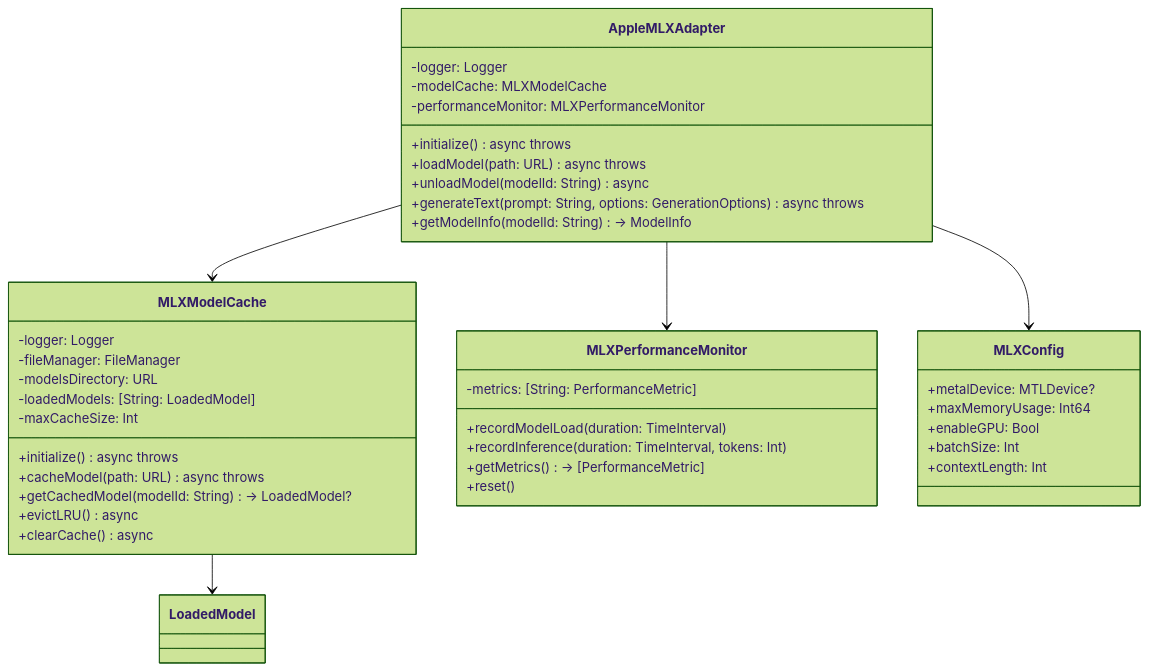
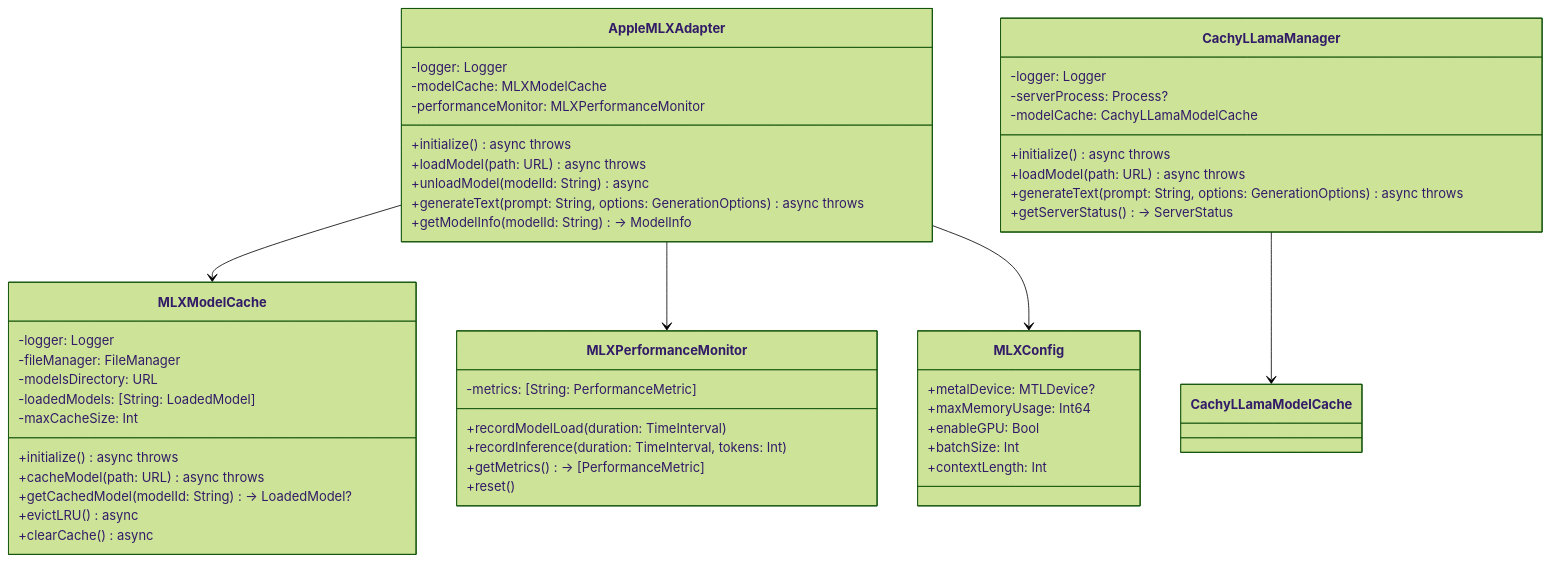
One commit to SyntheticAutonomicMind/SAM changed the first of 4 diagrams in project-docs/MLX_INTEGRATION.md. Above: the diagram before and after it, drawn with Mermaid (forest theme). The commit also changed other lines of this file and 6 other files, not shown here.

````diff
--- a/project-docs/MLX_INTEGRATION.md
+++ b/project-docs/MLX_INTEGRATION.md
@@ -35,47 +38,57 @@
 ```mermaid
 classDiagram
     class AppleMLXAdapter {
         -logger: Logger
         -modelCache: MLXModelCache
         -performanceMonitor: MLXPerformanceMonitor
         +initialize() async throws
         +loadModel(path: URL) async throws
         +unloadModel(modelId: String) async
         +generateText(prompt: String, options: GenerationOptions) async throws
         +getModelInfo(modelId: String) -> ModelInfo
     }
     
     class MLXModelCache {
         -logger: Logger
         -fileManager: FileManager
         -modelsDirectory: URL
         -loadedModels: [String: LoadedModel]
         -maxCacheSize: Int
         +initialize() async throws
         +cacheModel(path: URL) async throws
         +getCachedModel(modelId: String) -> LoadedModel?
         +evictLRU() async
         +clearCache() async
     }
     
     class MLXPerformanceMonitor {
         -metrics: [String: PerformanceMetric]
         +recordModelLoad(duration: TimeInterval)
         +recordInference(duration: TimeInterval, tokens: Int)
         +getMetrics() -> [PerformanceMetric]
         +reset()
     }
     
     class MLXConfig {
         +metalDevice: MTLDevice?
         +maxMemoryUsage: Int64
         +enableGPU: Bool
         +batchSize: Int
         +contextLength: Int
     }
     
+    class CachyLLamaManager {
+        -logger: Logger
+        -serverProcess: Process?
+        -modelCache: CachyLLamaModelCache
+        +initialize() async throws
+        +loadModel(path: URL) async throws
+        +generateText(prompt: String, options: GenerationOptions) async throws
+        +getServerStatus() -> ServerStatus
+    }
+    
     AppleMLXAdapter --> MLXModelCache
     AppleMLXAdapter --> MLXPerformanceMonitor
     AppleMLXAdapter --> MLXConfig
-    MLXModelCache --> LoadedModel
+    CachyLLamaManager --> CachyLLamaModelCache
 ```
````
